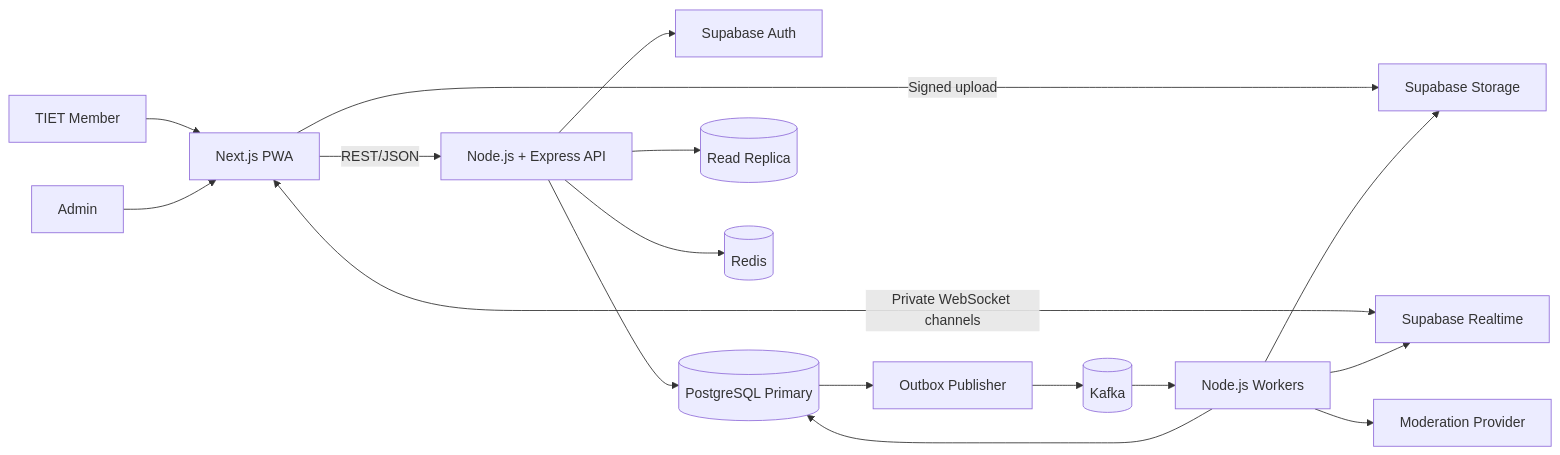
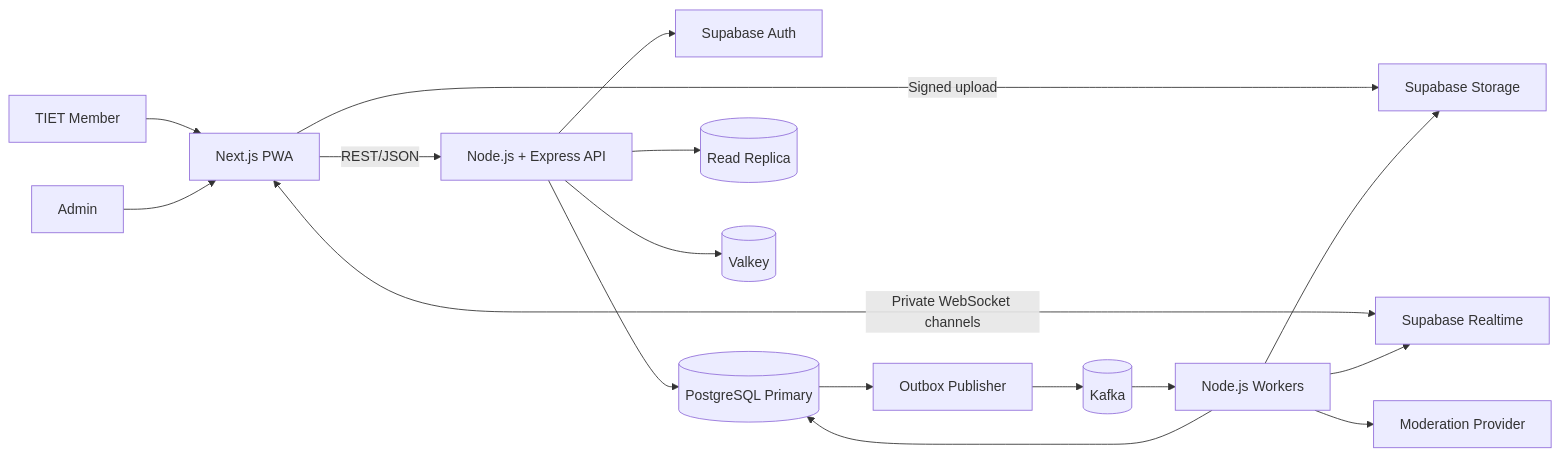
Before and after one commit to PrathamRanka/UCS503-Software-Engineering: the diagram in docs/HLD.md, drawn with Mermaid. The commit also changed other lines of this file and 33 other files, not shown here.

First line of the commit message:
docs(architecture): define zero-cost production-grade platform contracts

````diff
--- a/docs/HLD.md
+++ b/docs/HLD.md
@@ -19,19 +19,19 @@
 ```mermaid
 flowchart LR
     Member[TIET Member] --> Web[Next.js PWA]
     Admin[Admin] --> Web
     Web -->|REST/JSON| API[Node.js + Express API]
     Web <-->|Private WebSocket channels| RT[Supabase Realtime]
     Web -->|Signed upload| Storage[Supabase Storage]
     API --> Auth[Supabase Auth]
     API --> Primary[(PostgreSQL Primary)]
     API --> Replica[(Read Replica)]
-    API --> Redis[(Redis)]
+    API --> Redis[(Valkey)]
     Primary --> Outbox[Outbox Publisher]
     Outbox --> Kafka[(Kafka)]
     Kafka --> Worker[Node.js Workers]
     Worker --> Primary
     Worker --> Storage
     Worker --> RT
     Worker --> Moderation[Moderation Provider]
 ```
````
